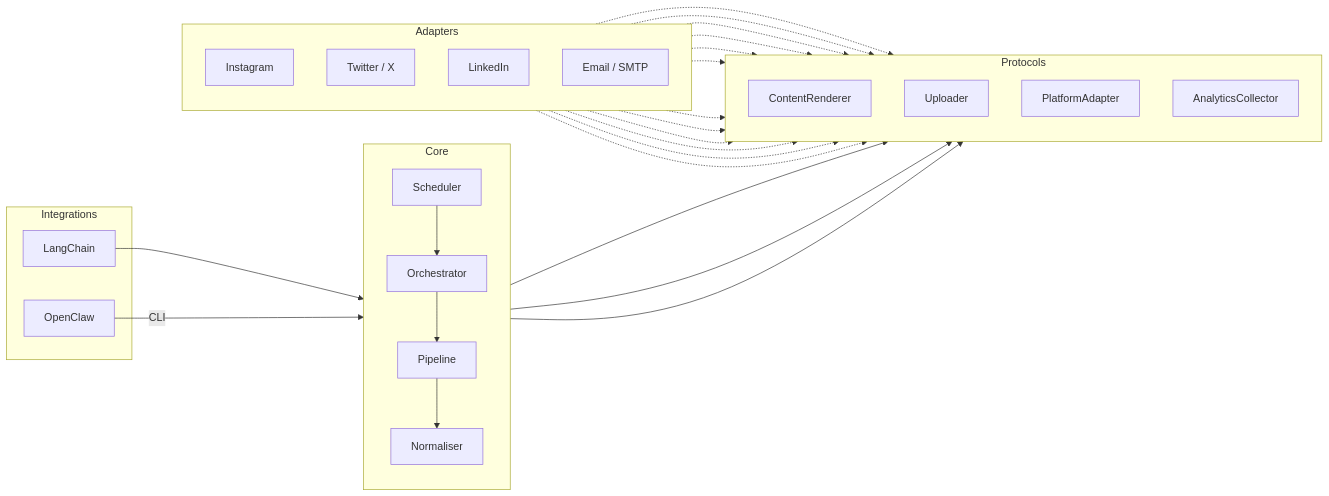
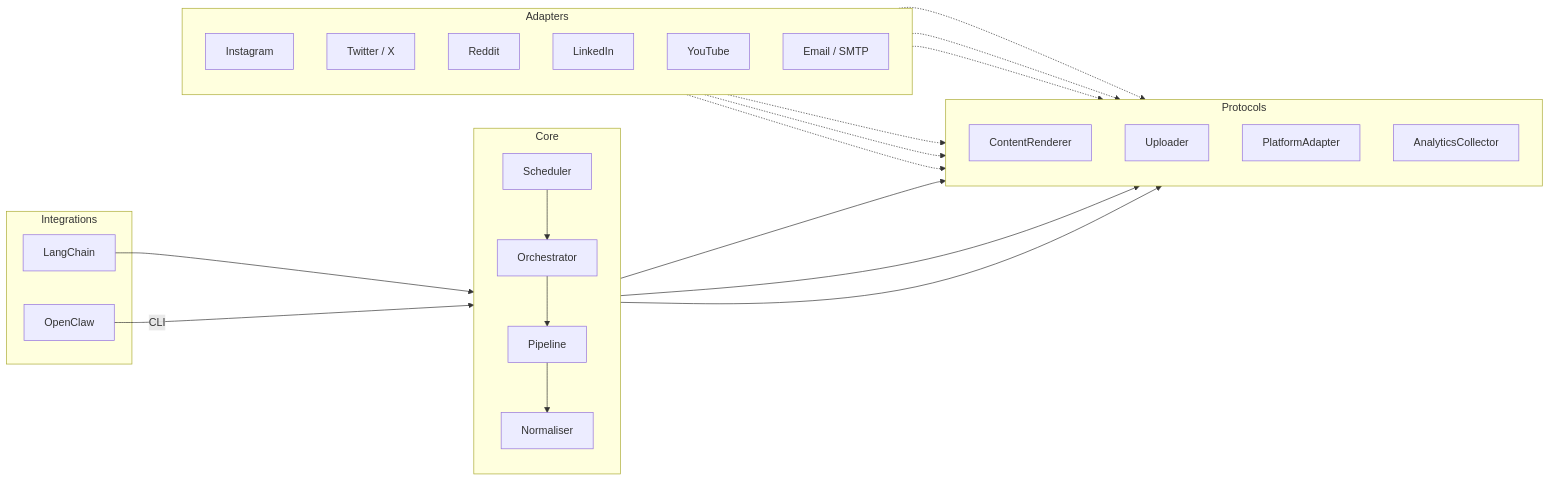
One commit to nooptr/marketmenow changed the diagram in README.md. Above: the diagram before and after it, drawn with Mermaid. The commit also changed other lines of this file and 227 other files, not shown here.

````diff
--- a/README.md
+++ b/README.md
@@ -31,48 +198,44 @@
 ```mermaid
 graph LR
-    subgraph integrations [" Integrations"]
+    subgraph integrations [Integrations]
         LC["LangChain"]
         OC["OpenClaw"]
     end
 
-    subgraph core [" Core"]
+    subgraph core [Core]
         direction TB
         Scheduler --> Orchestrator
         Orchestrator --> Pipeline
-        Pipeline --> Normaliser["Normaliser"]
+        Pipeline --> Normaliser
     end
 
-    subgraph ports [" Protocols"]
+    subgraph ports [Protocols]
         direction TB
         Renderer["ContentRenderer"]
         Uploader["Uploader"]
         Adapter["PlatformAdapter"]
         Analytics["AnalyticsCollector"]
     end
 
-    subgraph adapters [" Adapters"]
+    subgraph adapters [Adapters]
         direction TB
         IG["Instagram"]
         TW["Twitter / X"]
+        RD["Reddit"]
         LI["LinkedIn"]
+        YT["YouTube"]
         EM["Email / SMTP"]
     end
 
     LC --> Orchestrator
     OC -->|CLI| Pipeline
     Pipeline --> Renderer
     Pipeline --> Uploader
     Pipeline --> Adapter
-    IG -.-> Renderer
-    IG -.-> Uploader
     IG -.-> Adapter
-    TW -.-> Renderer
-    TW -.-> Uploader
     TW -.-> Adapter
-    LI -.-> Renderer
-    LI -.-> Uploader
+    RD -.-> Adapter
     LI -.-> Adapter
-    EM -.-> Renderer
-    EM -.-> Uploader
+    YT -.-> Adapter
     EM -.-> Adapter
 ```
````
